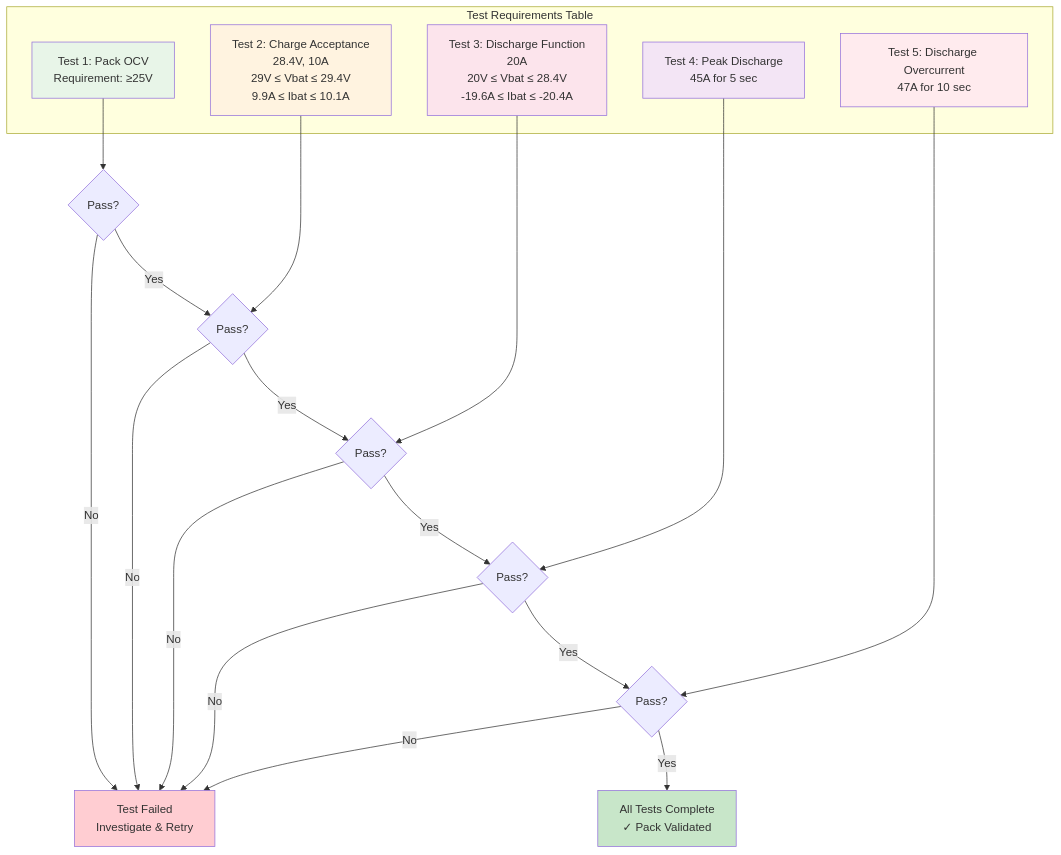
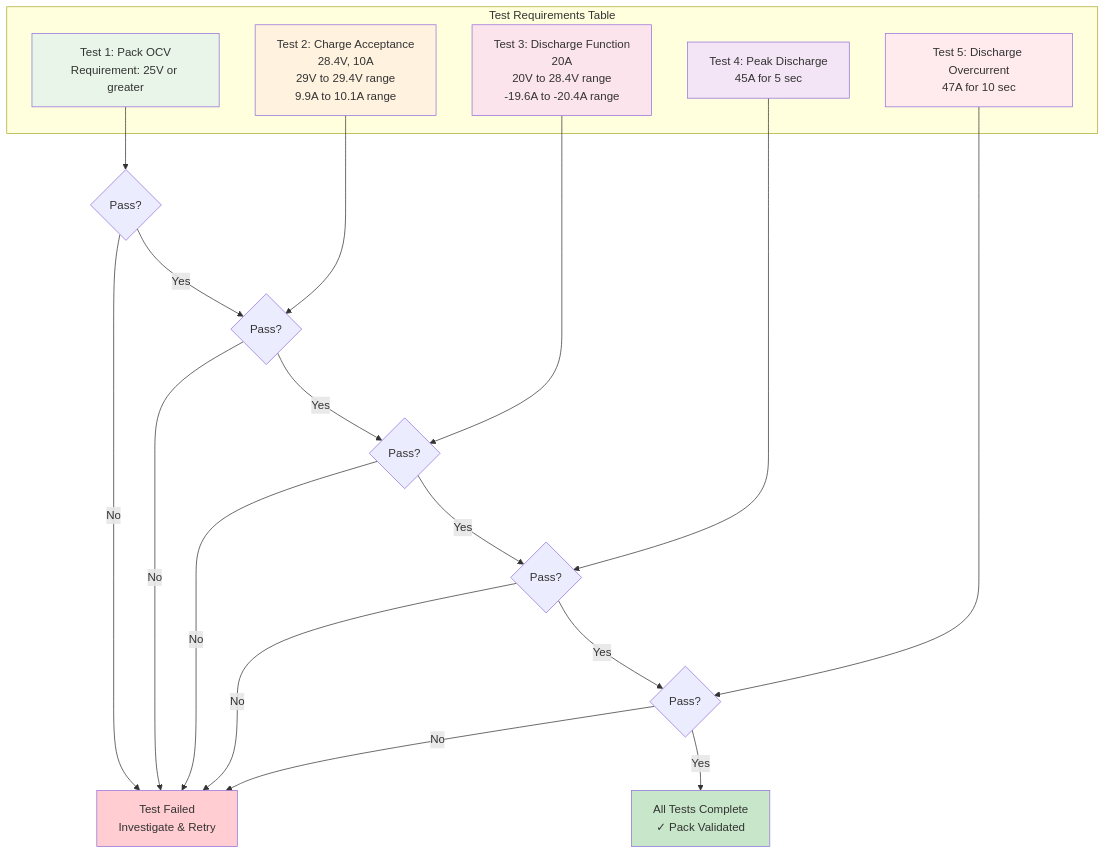
Before and after one commit to custompowerllc/claude-flow: the fourth of 6 diagrams in projects/GA_Modbus_Sim/docs/mti/MTI-102284-05-diagram.md, drawn with Mermaid. The commit also changed other lines of this file and 16 other files, not shown here.

````diff
--- a/projects/GA_Modbus_Sim/docs/mti/MTI-102284-05-diagram.md
+++ b/projects/GA_Modbus_Sim/docs/mti/MTI-102284-05-diagram.md
@@ -141,36 +141,36 @@
 ```mermaid
 graph TD
     subgraph "Test Requirements Table"
-        T1[Test 1: Pack OCV<br/>Requirement: ≥25V]
-        T2[Test 2: Charge Acceptance<br/>28.4V, 10A<br/>29V ≤ Vbat ≤ 29.4V<br/>9.9A ≤ Ibat ≤ 10.1A]
-        T3[Test 3: Discharge Function<br/>20A<br/>20V ≤ Vbat ≤ 28.4V<br/>-19.6A ≤ Ibat ≤ -20.4A]
+        T1[Test 1: Pack OCV<br/>Requirement: 25V or greater]
+        T2[Test 2: Charge Acceptance<br/>28.4V, 10A<br/>29V to 29.4V range<br/>9.9A to 10.1A range]
+        T3[Test 3: Discharge Function<br/>20A<br/>20V to 28.4V range<br/>-19.6A to -20.4A range]
         T4[Test 4: Peak Discharge<br/>45A for 5 sec]
         T5[Test 5: Discharge Overcurrent<br/>47A for 10 sec]
     end
     
     T1 --> PASS1{Pass?}
     T2 --> PASS2{Pass?}
     T3 --> PASS3{Pass?}
     T4 --> PASS4{Pass?}
     T5 --> PASS5{Pass?}
     
     PASS1 -->|Yes| PASS2
     PASS2 -->|Yes| PASS3
     PASS3 -->|Yes| PASS4
     PASS4 -->|Yes| PASS5
     PASS5 -->|Yes| COMPLETE[All Tests Complete<br/>✓ Pack Validated]
     
     PASS1 -->|No| FAIL[Test Failed<br/>Investigate & Retry]
     PASS2 -->|No| FAIL
     PASS3 -->|No| FAIL
     PASS4 -->|No| FAIL
     PASS5 -->|No| FAIL
     
     style T1 fill:#e8f5e8
     style T2 fill:#fff3e0
     style T3 fill:#fce4ec
     style T4 fill:#f3e5f5
     style T5 fill:#ffebee
     style COMPLETE fill:#c8e6c9
     style FAIL fill:#ffcdd2
 ```
````
